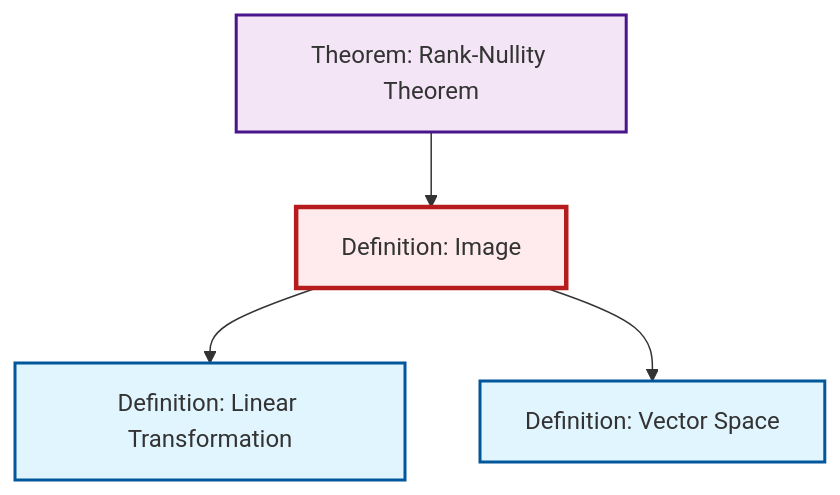
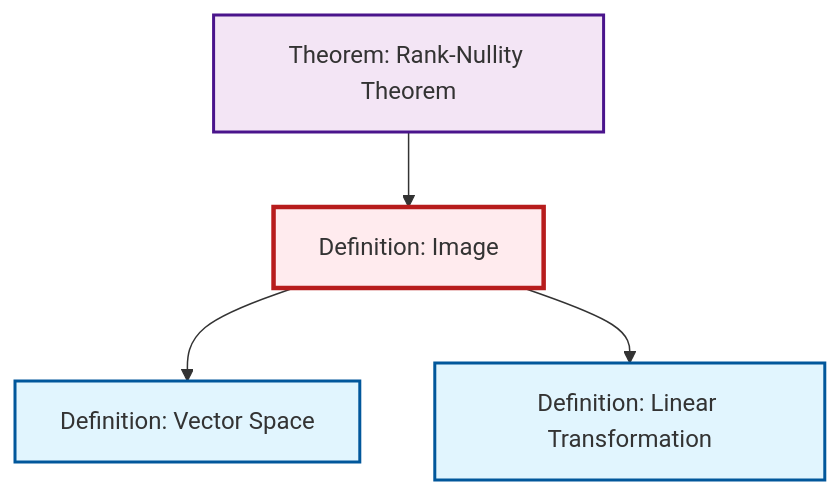
Before and after one commit to RK0429/ModernMath: the diagram in content/en/algebra/def-image.qmd, drawn with Mermaid. The commit also changed other lines of this file and 474 other files, not shown here.

````diff
--- a/content/en/algebra/def-image.qmd
+++ b/content/en/algebra/def-image.qmd
@@ -51,20 +51,20 @@
 ```{mermaid}
 %%| fig-cap: "Local dependency graph"
 graph TD
     classDef definition fill:#e1f5fe,stroke:#01579b,stroke-width:2px
     classDef theorem fill:#f3e5f5,stroke:#4a148c,stroke-width:2px
     classDef axiom fill:#fff3e0,stroke:#e65100,stroke-width:2px
     classDef example fill:#e8f5e9,stroke:#1b5e20,stroke-width:2px
     classDef current fill:#ffebee,stroke:#b71c1c,stroke-width:3px
+    thm-rank-nullity["Theorem: Rank-Nullity Theorem"]:::theorem
+    def-image["Definition: Image"]:::definition
+    def-vector-space["Definition: Vector Space"]:::definition
     def-linear-transformation["Definition: Linear Transformation"]:::definition
-    thm-rank-nullity["Theorem: Rank-Nullity Theorem"]:::theorem
-    def-vector-space["Definition: Vector Space"]:::definition
-    def-image["Definition: Image"]:::definition
+    def-image --> def-vector-space
+    def-image --> def-linear-transformation
     thm-rank-nullity --> def-image
-    def-image --> def-linear-transformation
-    def-image --> def-vector-space
     class def-image current
-    click def-linear-transformation "def-linear-transformation.html" "Go to Linear Transformation definition"
     click thm-rank-nullity "thm-rank-nullity.html" "Go to Rank-Nullity Theorem theorem"
     click def-vector-space "def-vector-space.html" "Go to Vector Space definition"
+    click def-linear-transformation "def-linear-transformation.html" "Go to Linear Transformation definition"
 ```
````
